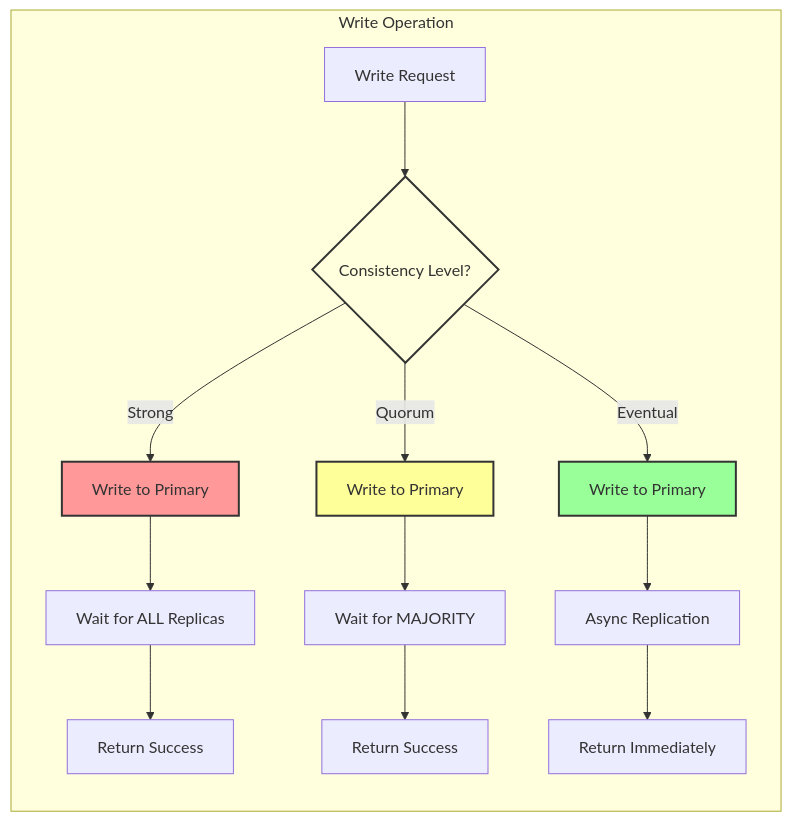
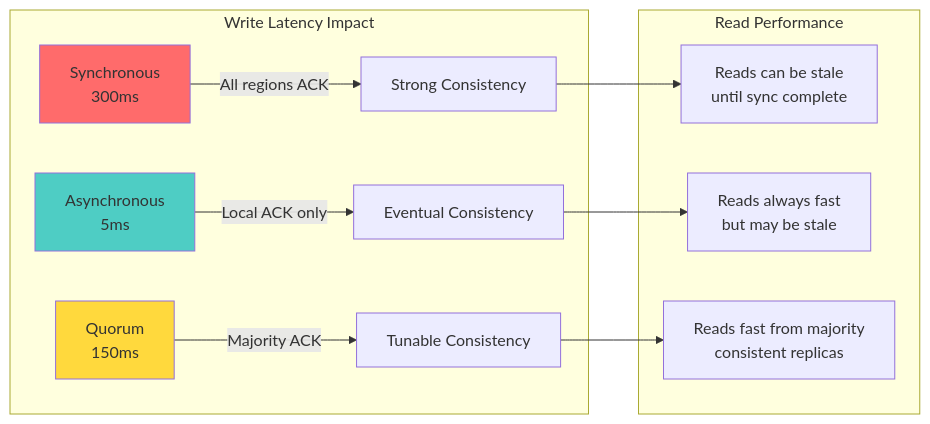
Before and after one commit to deepaucksharma/DStudio: the third of 9 diagrams in docs/pattern-library/scaling/geo-replication.md, drawn with Mermaid. The commit also changed other lines of this file and 23 other files, not shown here.

````diff
--- a/docs/pattern-library/scaling/geo-replication.md
+++ b/docs/pattern-library/scaling/geo-replication.md
@@ -153,23 +159,18 @@
 ```mermaid
-flowchart LR
-    subgraph "Write Operation"
-        W[Write Request] --> C{Consistency Level?}
-        
-        C -->|Strong| S[Write to Primary]
-        S --> SW[Wait for ALL Replicas]
-        SW --> SR[Return Success]
-        
-        C -->|Quorum| Q[Write to Primary]
-        Q --> QW[Wait for MAJORITY]
-        QW --> QR[Return Success]
-        
-        C -->|Eventual| E[Write to Primary]
-        E --> EA[Async Replication]
-        EA --> ER[Return Immediately]
+graph LR
+    subgraph "Write Latency Impact"
+        A[Synchronous<br/>300ms] -->|All regions ACK| B[Strong Consistency]
+        C[Asynchronous<br/>5ms] -->|Local ACK only| D[Eventual Consistency]
+        E[Quorum<br/>150ms] -->|Majority ACK| F[Tunable Consistency]
     end
     
-    style C fill:#ffd,stroke:#333,stroke-width:2px
-    style S fill:#f99,stroke:#333,stroke-width:2px
-    style Q fill:#ff9,stroke:#333,stroke-width:2px
-    style E fill:#9f9,stroke:#333,stroke-width:2px
+    subgraph "Read Performance"
+        B --> G[Reads can be stale<br/>until sync complete]
+        D --> H[Reads always fast<br/>but may be stale]
+        F --> I[Reads fast from majority<br/>consistent replicas]
+    end
+    
+    style A fill:#FF6B6B
+    style C fill:#4ECDC4
+    style E fill:#FFD93D
 ```
````
